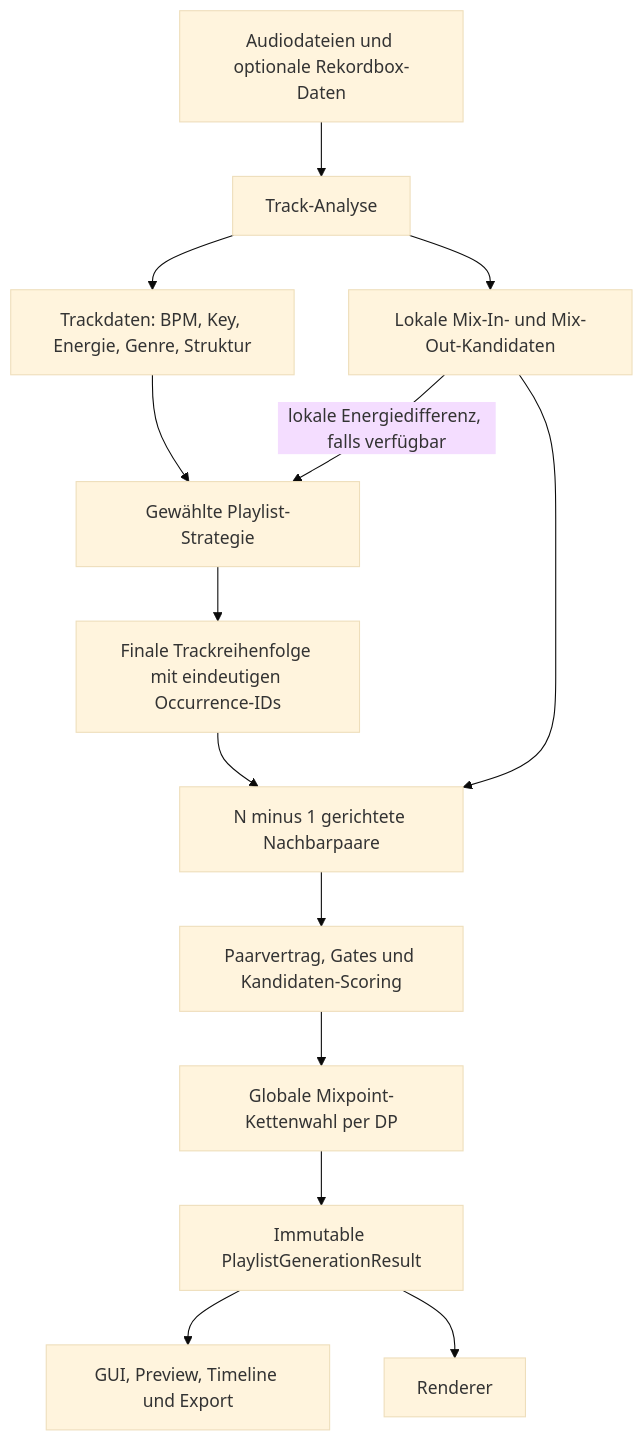
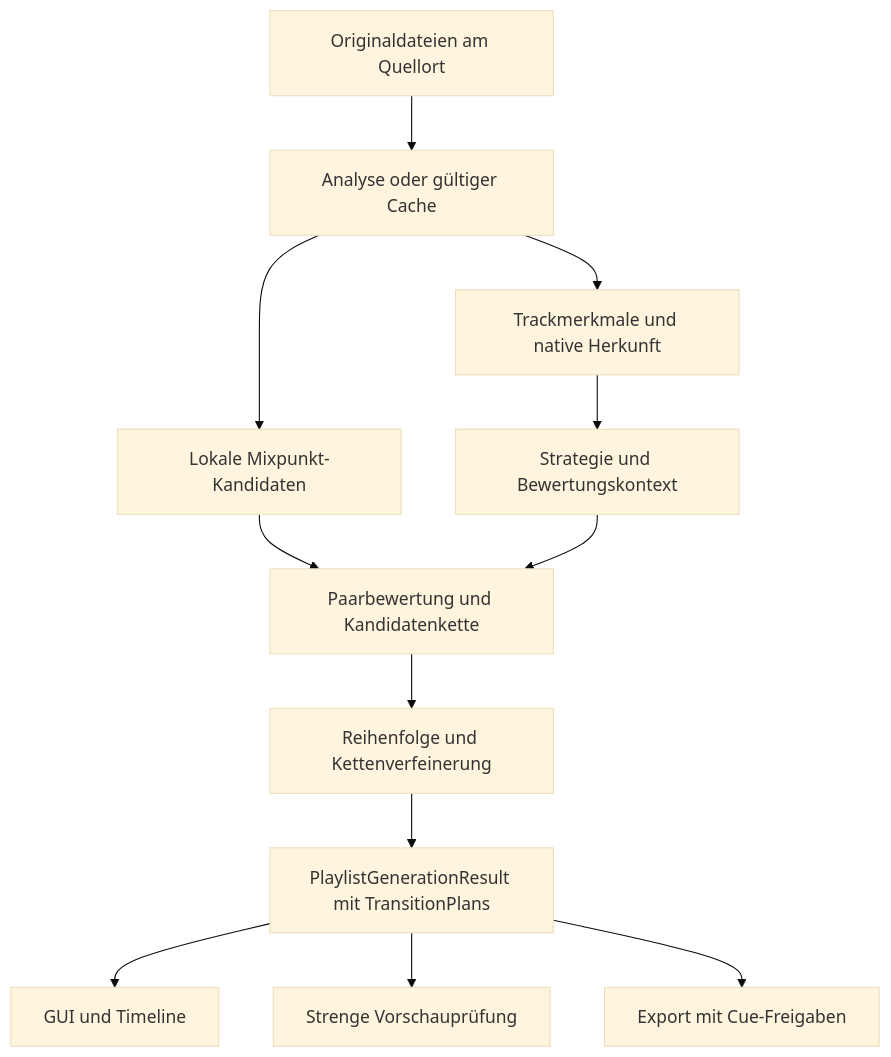
One commit to Crusty696/HarmonicPlaylistGenkopie_V2.0 changed the diagram in docs/TRACKAUSWAHL-UND-MIXPOINT-FLUSS.md. Above: the diagram before and after it, drawn with Mermaid (base theme). The commit also changed other lines of this file and 81 other files, not shown here.

````diff
--- a/docs/TRACKAUSWAHL-UND-MIXPOINT-FLUSS.md
+++ b/docs/TRACKAUSWAHL-UND-MIXPOINT-FLUSS.md
@@ -44,16 +6,14 @@
 ```mermaid
 flowchart TD
-    A[Audiodateien und optionale Rekordbox-Daten] --> B[Track-Analyse]
-    B --> C[Trackdaten: BPM, Key, Energie, Genre, Struktur]
-    B --> D[Lokale Mix-In- und Mix-Out-Kandidaten]
-    C --> E[Gewählte Playlist-Strategie]
-    D -->|lokale Energiedifferenz, falls verfügbar| E
-    E --> F[Finale Trackreihenfolge mit eindeutigen Occurrence-IDs]
-    F --> G[N minus 1 gerichtete Nachbarpaare]
-    D --> G
-    G --> H[Paarvertrag, Gates und Kandidaten-Scoring]
-    H --> K[Globale Mixpoint-Kettenwahl per DP]
-    K --> L[Immutable PlaylistGenerationResult]
-    L --> M[GUI, Preview, Timeline und Export]
-    L --> N[Renderer]
+    A[Originaldateien am Quellort] --> B[Analyse oder gültiger Cache]
+    B --> C[Trackmerkmale und native Herkunft]
+    B --> D[Lokale Mixpunkt-Kandidaten]
+    C --> E[Strategie und Bewertungskontext]
+    D --> F[Paarbewertung und Kandidatenkette]
+    E --> F
+    F --> G[Reihenfolge und Kettenverfeinerung]
+    G --> H[PlaylistGenerationResult mit TransitionPlans]
+    H --> I[GUI und Timeline]
+    H --> J[Strenge Vorschauprüfung]
+    H --> K[Export mit Cue-Freigaben]
 ```
````
